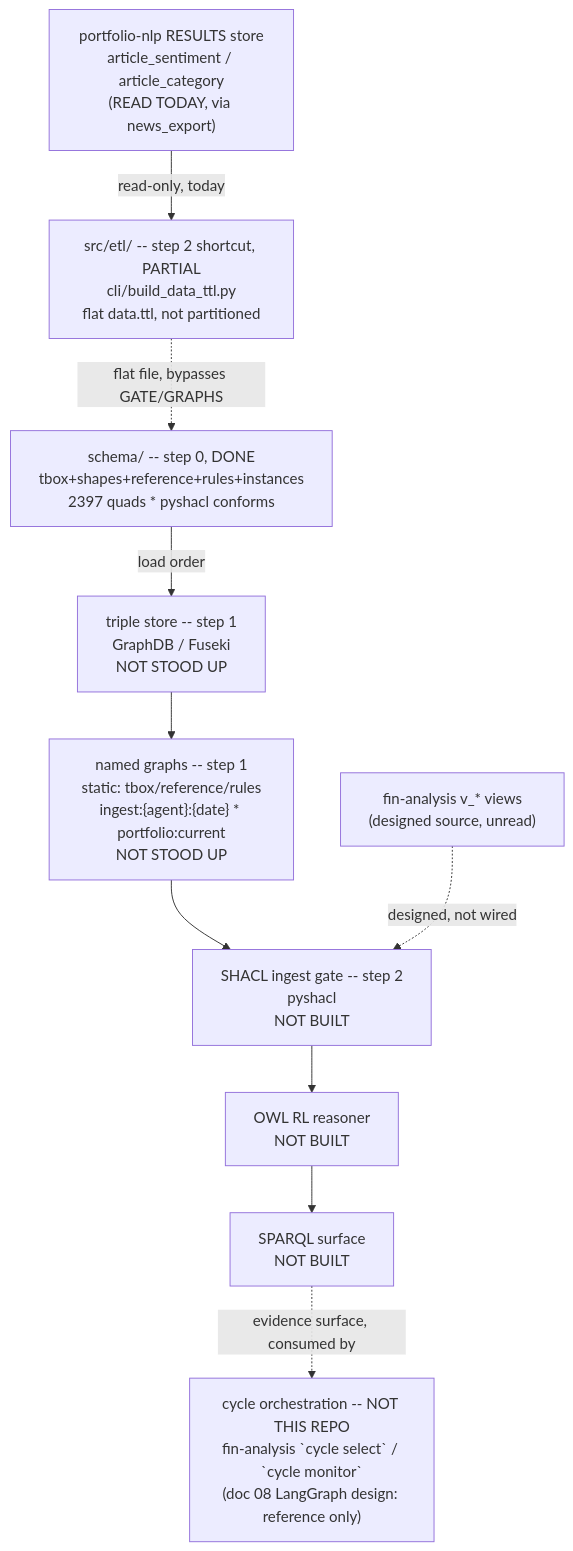
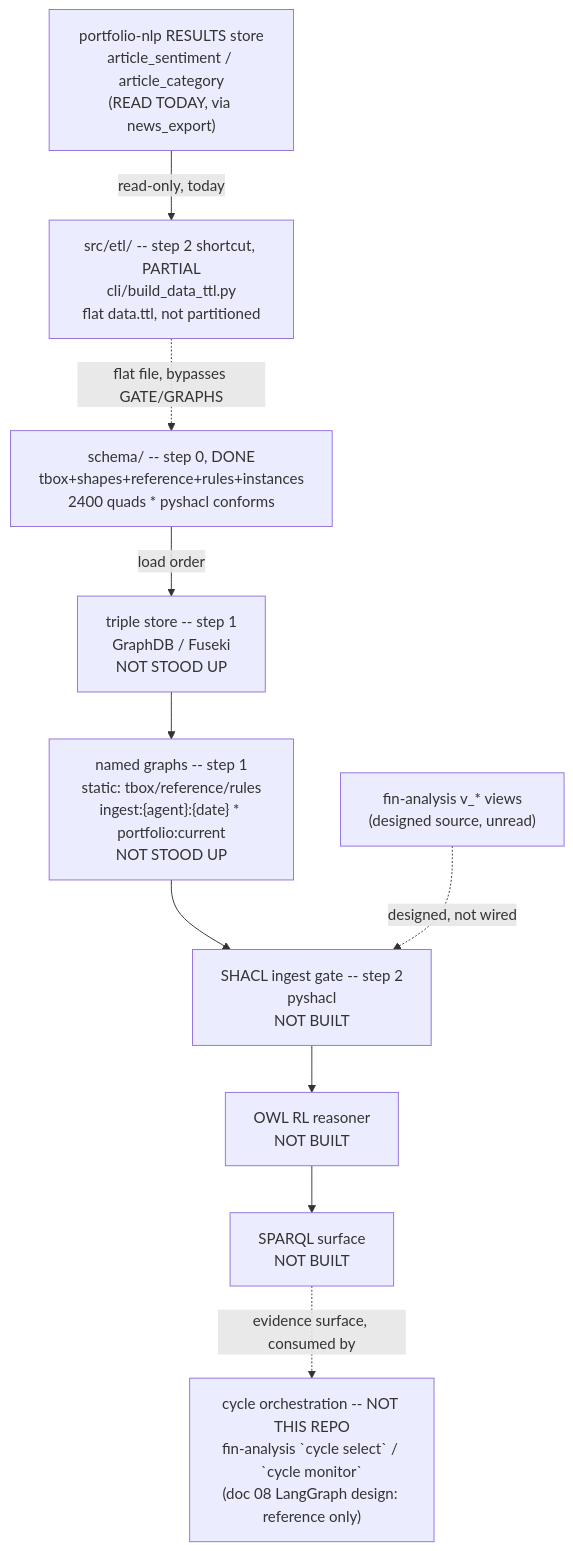
Before and after one commit to gamug/portfolio-knowledge-graph: the diagram in .specify/memory/SPEC.md, drawn with Mermaid. The commit also changed other lines of this file and 8 other files, not shown here.

First line of the commit message:
fix(schema): require rawValue on every Sentiment snapshot and fix PR #48 review items

````diff
--- a/.specify/memory/SPEC.md
+++ b/.specify/memory/SPEC.md
@@ -331,20 +331,20 @@
 ```mermaid
 flowchart TB
-    SCHEMA["schema/ -- step 0, DONE<br/>tbox+shapes+reference+rules+instances<br/>2397 quads * pyshacl conforms"]
+    SCHEMA["schema/ -- step 0, DONE<br/>tbox+shapes+reference+rules+instances<br/>2400 quads * pyshacl conforms"]
     STORE["triple store -- step 1<br/>GraphDB / Fuseki<br/>NOT STOOD UP"]
     GRAPHS["named graphs -- step 1<br/>static: tbox/reference/rules<br/>ingest:{agent}:{date} * portfolio:current<br/>NOT STOOD UP"]
     GATE["SHACL ingest gate -- step 2<br/>pyshacl<br/>NOT BUILT"]
     FIN["fin-analysis v_* views<br/>(designed source, unread)"]
     NLPRES["portfolio-nlp RESULTS store<br/>article_sentiment / article_category<br/>(READ TODAY, via news_export)"]
     ETL["src/etl/ -- step 2 shortcut, PARTIAL<br/>cli/build_data_ttl.py<br/>flat data.ttl, not partitioned"]
     REASON["OWL RL reasoner<br/>NOT BUILT"]
     SPARQL["SPARQL surface<br/>NOT BUILT"]
     AGENTS["cycle orchestration -- NOT THIS REPO<br/>fin-analysis `cycle select` / `cycle monitor`<br/>(doc 08 LangGraph design: reference only)"]
 
     SCHEMA -->|load order| STORE --> GRAPHS --> GATE
     FIN -.->|designed, not wired| GATE
     NLPRES -->|read-only, today| ETL
     ETL -.->|flat file, bypasses GATE/GRAPHS| SCHEMA
     GATE --> REASON --> SPARQL
     SPARQL -.->|evidence surface, consumed by| AGENTS
 ```
````
